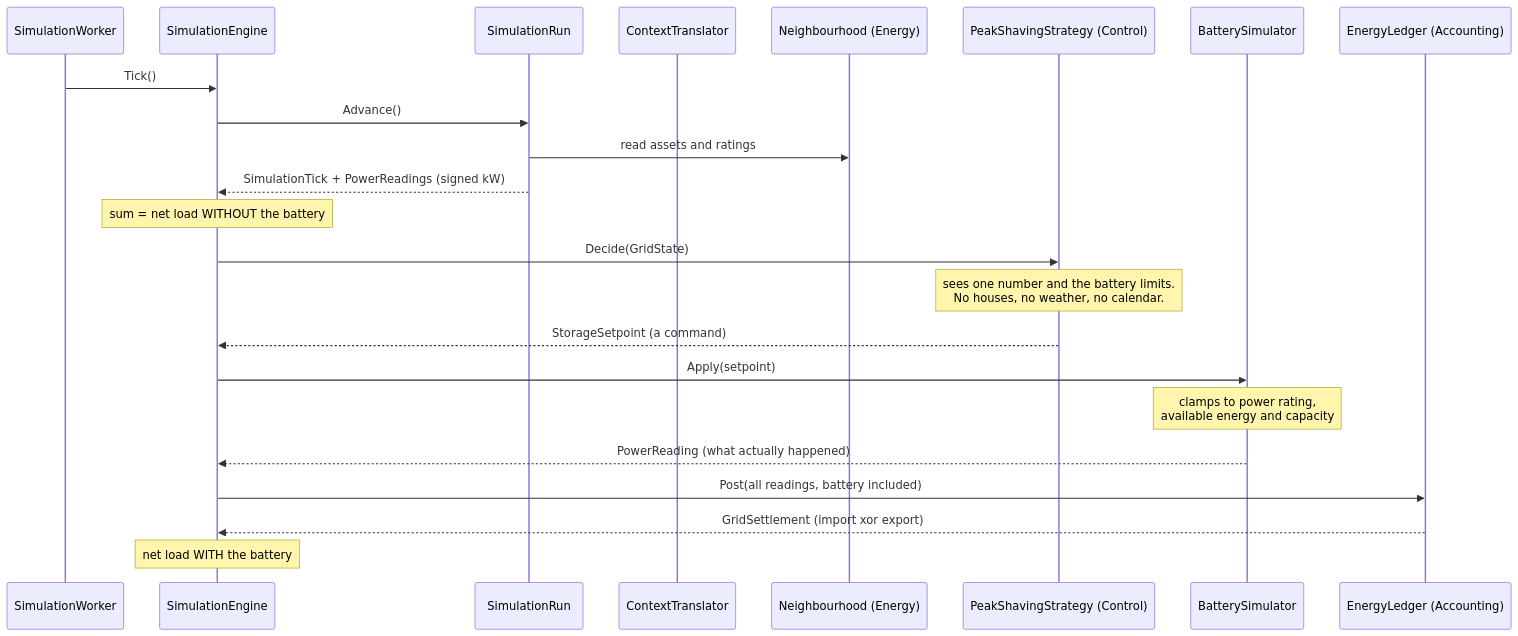
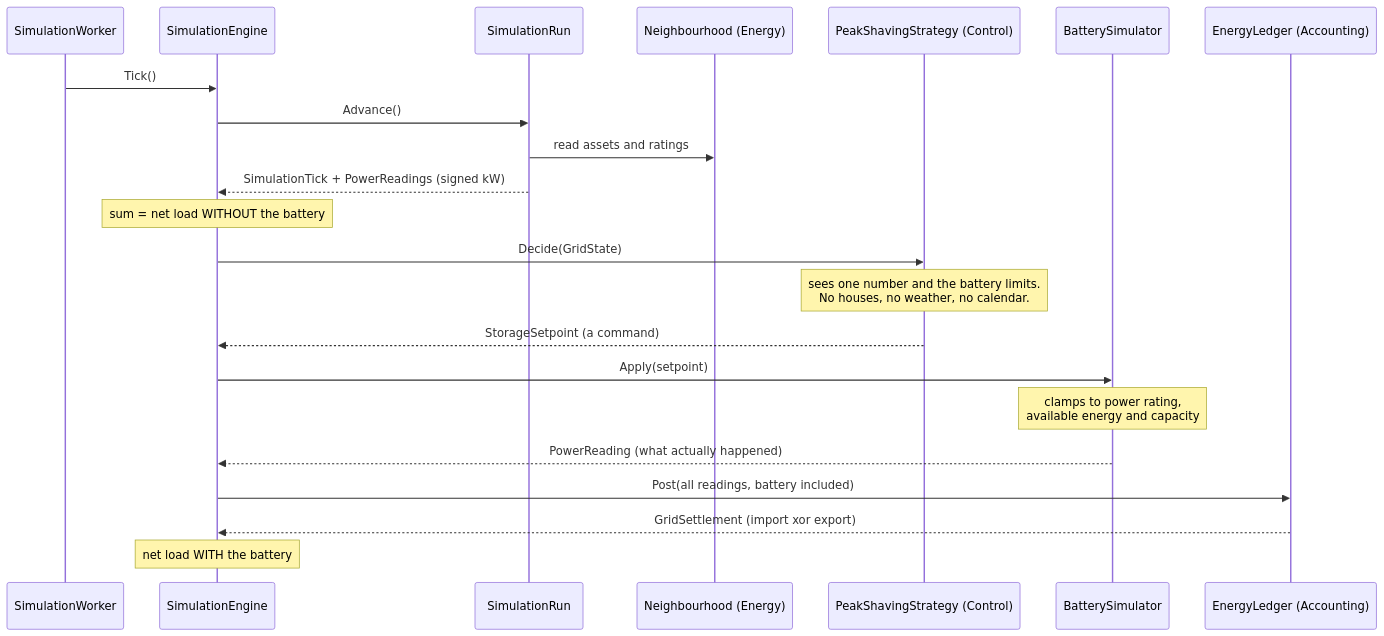
One commit to isaacgarciawh3/EnergySimulator changed the fourth of 5 diagrams in docs/c4.md. Above: the diagram before and after it, drawn with Mermaid. The commit also changed 4 other files, not shown here.

````diff
--- a/docs/c4.md
+++ b/docs/c4.md
@@ -95,26 +95,25 @@
 ```mermaid
 sequenceDiagram
     participant W as SimulationWorker
     participant E as SimulationEngine
     participant S as SimulationRun
-    participant T as ContextTranslator
     participant N as Neighbourhood (Energy)
     participant C as PeakShavingStrategy (Control)
     participant B as BatterySimulator
     participant L as EnergyLedger (Accounting)
 
     W->>E: Tick()
     E->>S: Advance()
     S->>N: read assets and ratings
     S-->>E: SimulationTick + PowerReadings (signed kW)
     Note over E: sum = net load WITHOUT the battery
     E->>C: Decide(GridState)
     Note over C: sees one number and the battery limits.<br/>No houses, no weather, no calendar.
     C-->>E: StorageSetpoint (a command)
     E->>B: Apply(setpoint)
     Note over B: clamps to power rating,<br/>available energy and capacity
     B-->>E: PowerReading (what actually happened)
     E->>L: Post(all readings, battery included)
     L-->>E: GridSettlement (import xor export)
     Note over E: net load WITH the battery
 ```
````
